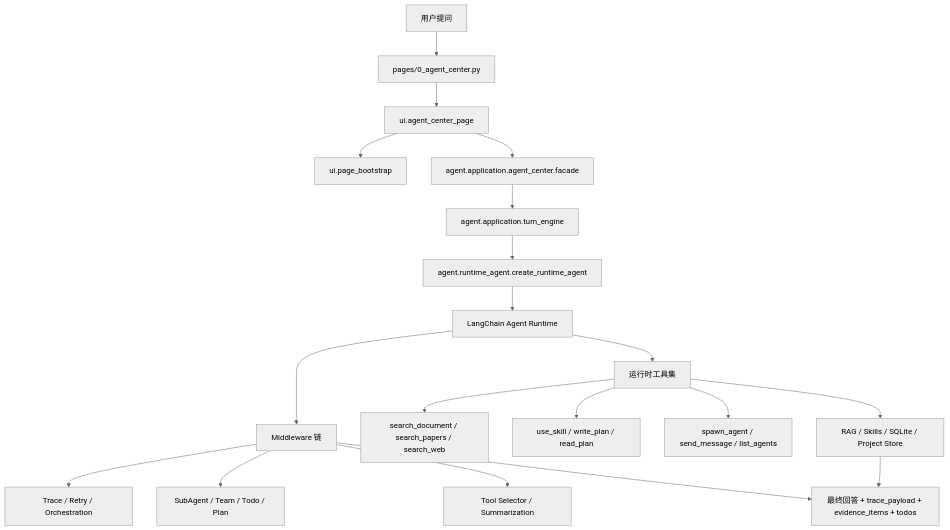
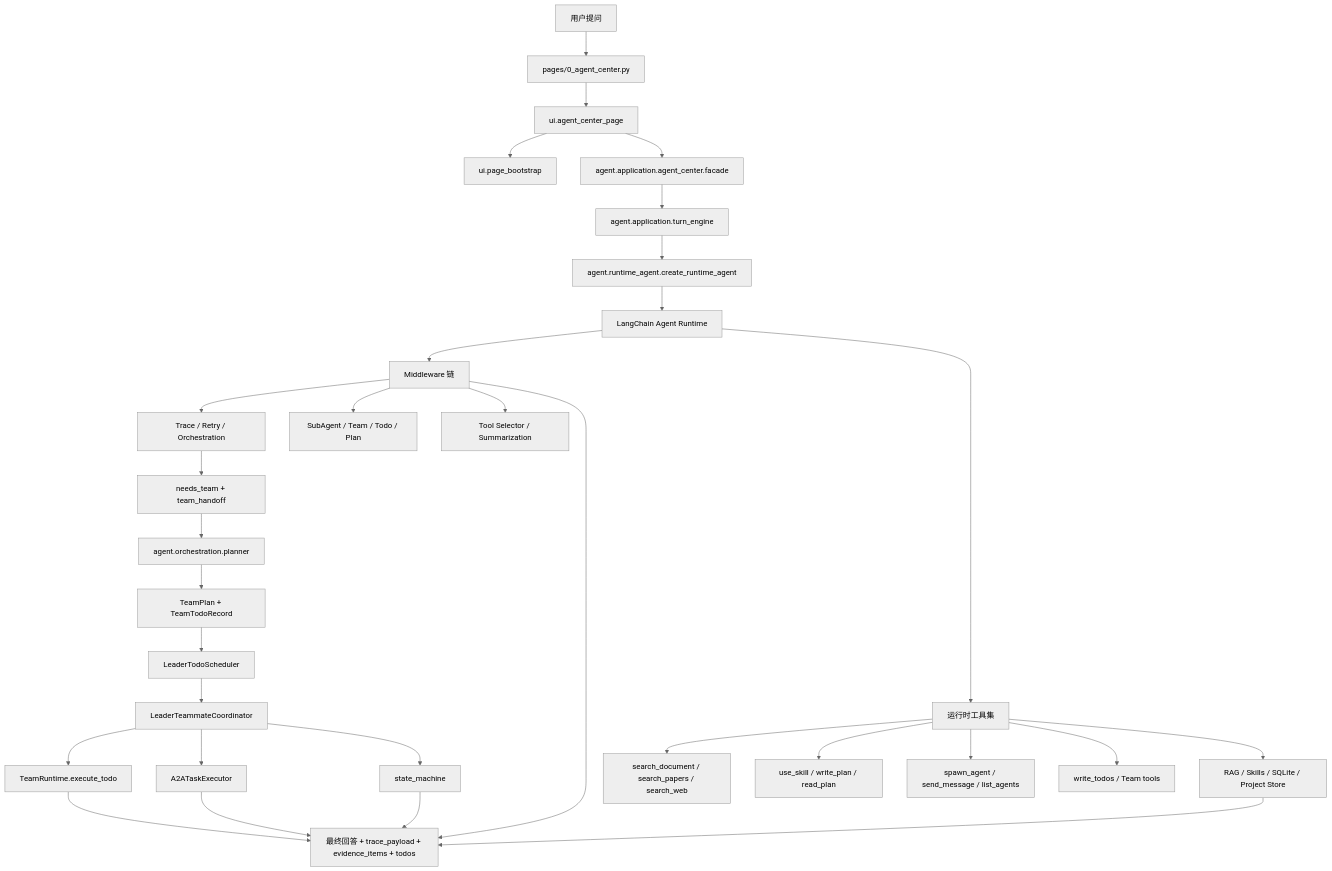
One commit to 0verL1nk/PaperSage changed the first of 3 diagrams in README.md. Above: the diagram before and after it, drawn with Mermaid (neutral theme). The commit also changed other lines of this file and 15 other files, not shown here.

Commit message:
feat: tighten leader-paced team guidance

````diff
--- a/README.md
+++ b/README.md
@@ -97,21 +99,33 @@
 ```mermaid
 flowchart TD
     A[用户提问] --> B[pages/0_agent_center.py]
     B --> C[ui.agent_center_page]
     C --> D[ui.page_bootstrap]
     C --> E[agent.application.agent_center.facade]
     E --> F[agent.application.turn_engine]
     F --> G[agent.runtime_agent.create_runtime_agent]
     G --> H[LangChain Agent Runtime]
     H --> I[Middleware 链]
     I --> I1[Trace / Retry / Orchestration]
     I --> I2[SubAgent / Team / Todo / Plan]
     I --> I3[Tool Selector / Summarization]
+    I1 --> M1[needs_team + team_handoff]
+    M1 --> M2[agent.orchestration.planner]
+    M2 --> M3[TeamPlan + TeamTodoRecord]
+    M3 --> M4[LeaderTodoScheduler]
+    M4 --> M5[LeaderTeammateCoordinator]
+    M5 --> M6[TeamRuntime.execute_todo]
+    M5 --> M7[A2ATaskExecutor]
+    M5 --> M8[state_machine]
     H --> J[运行时工具集]
     J --> J1[search_document / search_papers / search_web]
     J --> J2[use_skill / write_plan / read_plan]
     J --> J3[spawn_agent / send_message / list_agents]
+    J --> J4[write_todos / Team tools]
     J --> K[RAG / Skills / SQLite / Project Store]
-    I --> L[最终回答 + trace_payload + evidence_items + todos]
+    M6 --> L[最终回答 + trace_payload + evidence_items + todos]
+    M7 --> L
+    M8 --> L
+    I --> L
     K --> L
 ```
````
